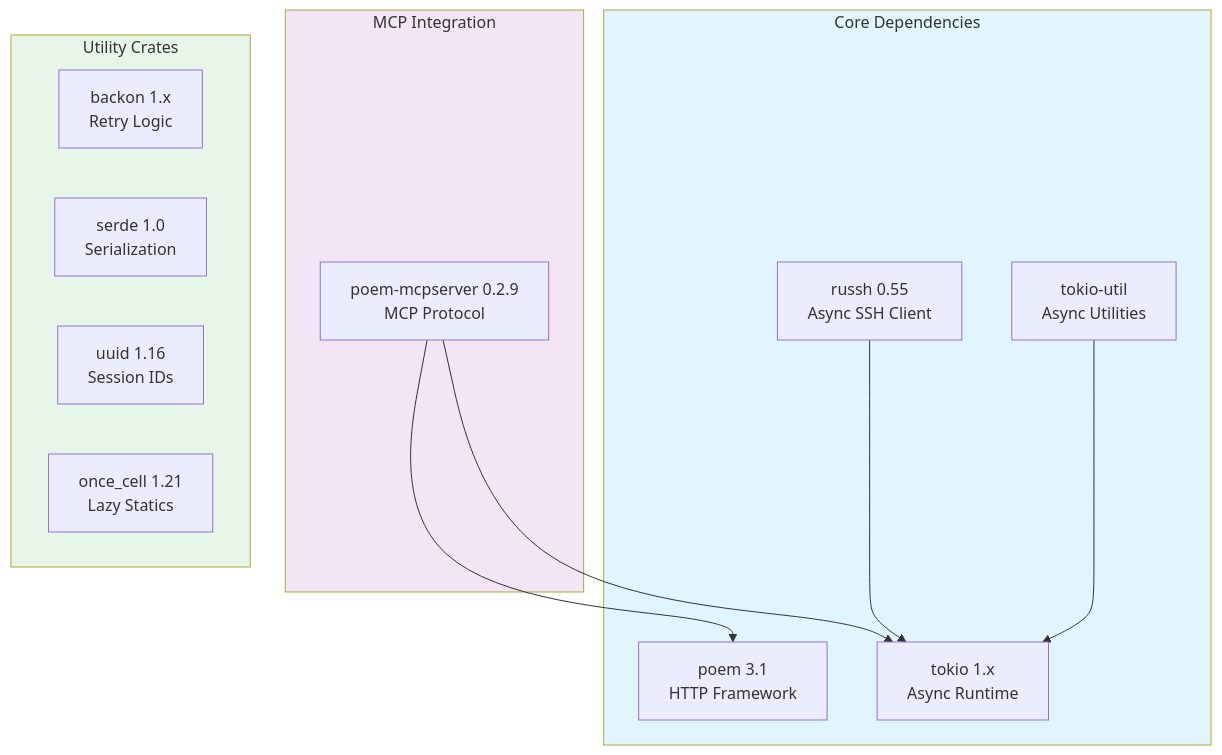
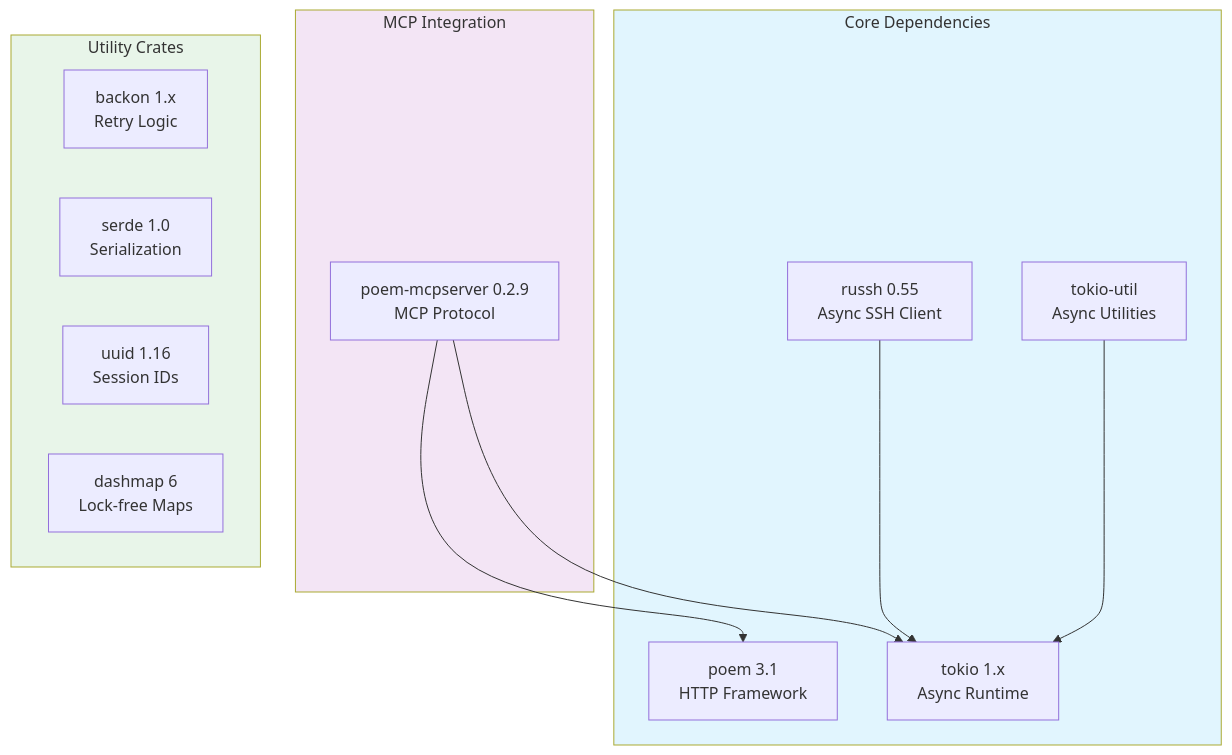
Before and after one commit to farchanjo/ssh-mcp: diagram 11 of 11 in docs/ARCHITECTURE.md, drawn with Mermaid. The commit also changed other lines of this file and 2 other files, not shown here.

````diff
--- a/docs/ARCHITECTURE.md
+++ b/docs/ARCHITECTURE.md
@@ -1007,29 +1007,29 @@
 ```mermaid
 flowchart TB
     subgraph Core["Core Dependencies"]
         Russh["russh 0.55<br/>Async SSH Client"]
         Tokio["tokio 1.x<br/>Async Runtime"]
         TokioUtil["tokio-util<br/>Async Utilities"]
         Poem["poem 3.1<br/>HTTP Framework"]
     end
 
     subgraph MCP["MCP Integration"]
         PoemMCP["poem-mcpserver 0.2.9<br/>MCP Protocol"]
     end
 
     subgraph Utilities["Utility Crates"]
         Backon["backon 1.x<br/>Retry Logic"]
         Serde["serde 1.0<br/>Serialization"]
         UUID["uuid 1.16<br/>Session IDs"]
-        OnceCell["once_cell 1.21<br/>Lazy Statics"]
+        DashMap2["dashmap 6<br/>Lock-free Maps"]
     end
 
     PoemMCP --> Poem
     PoemMCP --> Tokio
     Russh --> Tokio
     TokioUtil --> Tokio
 
     style Core fill:#e1f5fe
     style MCP fill:#f3e5f5
     style Utilities fill:#e8f5e9
 ```
````
